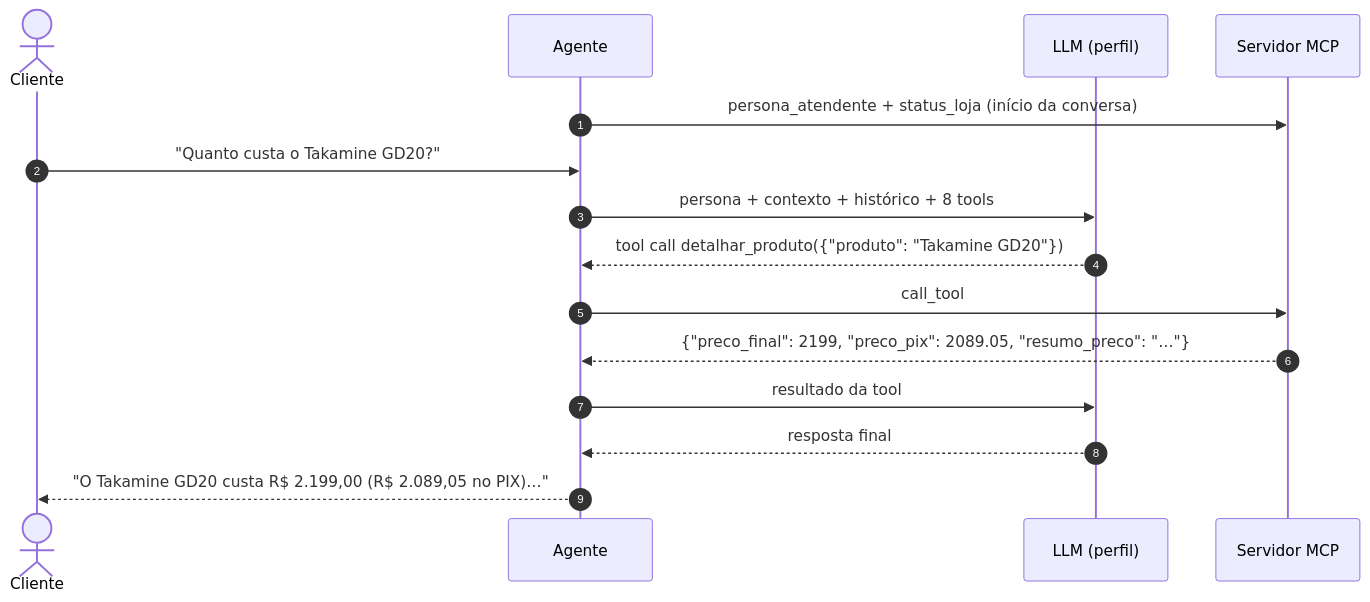
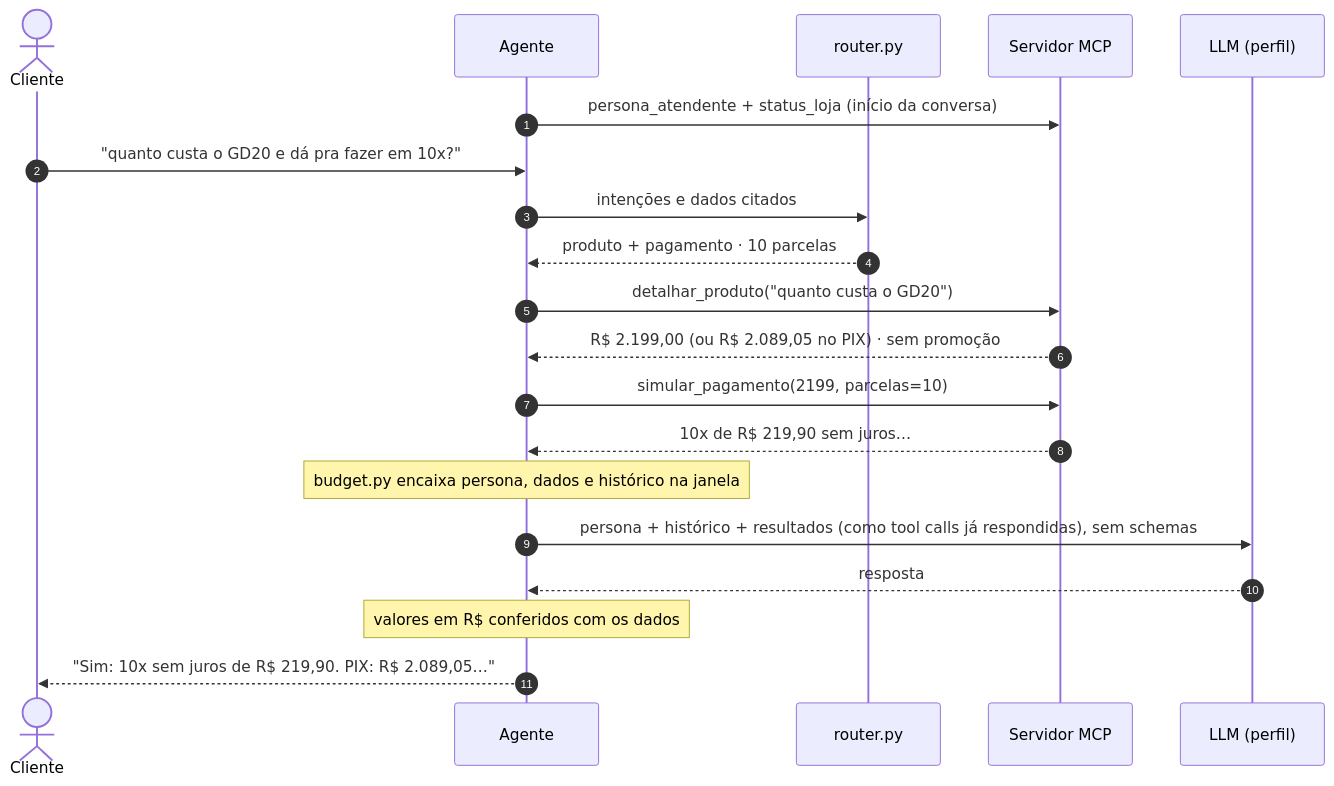
Before and after one commit to RonildoSilva/ai-engineer-challenge: diagram 14 of 17 in README.md, drawn with Mermaid. The commit also changed other lines of this file and 12 other files, not shown here.

````diff
--- a/README.md
+++ b/README.md
@@ -527,17 +539,22 @@
 ```mermaid
 sequenceDiagram
     autonumber
     actor C as Cliente
     participant A as Agente
+    participant R as router.py
+    participant M as Servidor MCP
     participant L as LLM (perfil)
-    participant M as Servidor MCP
     A->>M: persona_atendente + status_loja (início da conversa)
-    C->>A: "Quanto custa o Takamine GD20?"
-    A->>L: persona + contexto + histórico + 8 tools
-    L-->>A: tool call detalhar_produto({"produto": "Takamine GD20"})
-    A->>M: call_tool
-    M-->>A: {"preco_final": 2199, "preco_pix": 2089.05, "resumo_preco": "…"}
-    A->>L: resultado da tool
-    L-->>A: resposta final
-    A-->>C: "O Takamine GD20 custa R$ 2.199,00 (R$ 2.089,05 no PIX)…"
+    C->>A: "quanto custa o GD20 e dá pra fazer em 10x?"
+    A->>R: intenções e dados citados
+    R-->>A: produto + pagamento · 10 parcelas
+    A->>M: detalhar_produto("quanto custa o GD20")
+    M-->>A: R$ 2.199,00 (ou R$ 2.089,05 no PIX) · sem promoção
+    A->>M: simular_pagamento(2199, parcelas=10)
+    M-->>A: 10x de R$ 219,90 sem juros…
+    Note over A: budget.py encaixa persona, dados e histórico na janela
+    A->>L: persona + histórico + resultados (como tool calls já respondidas), sem schemas
+    L-->>A: resposta
+    Note over A: valores em R$ conferidos com os dados
+    A-->>C: "Sim: 10x sem juros de R$ 219,90. PIX: R$ 2.089,05…"
 ```
````
